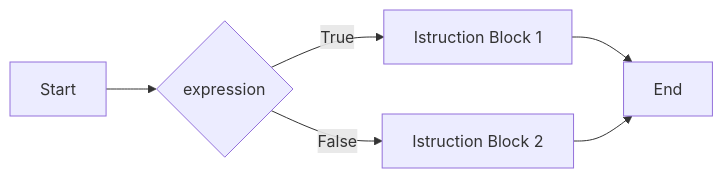
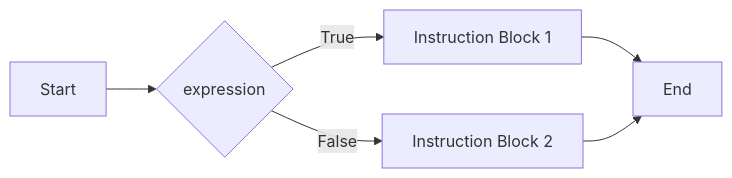
The second of 2 diagrams in Git-Obsidian/Programmazione/Strutture di Controllo/Condizionali.md (delpiter/Git-Obsidian), drawn with Mermaid before and after one commit. The commit also changed other lines of this file and 2 other files, not shown here.

````diff
--- a/Git-Obsidian/Programmazione/Strutture di Controllo/Condizionali.md
+++ b/Git-Obsidian/Programmazione/Strutture di Controllo/Condizionali.md
@@ -39,9 +39,9 @@
 ```mermaid
 flowchart LR
 A[Start]
 A --> C{expression}
-C -->|True| D[Istruction Block 1]
-C -->|False| E[Istruction Block 2]
+C -->|True| D[Instruction Block 1]
+C -->|False| E[Instruction Block 2]
 D -->F[End]
 E -->F
 ```
````
